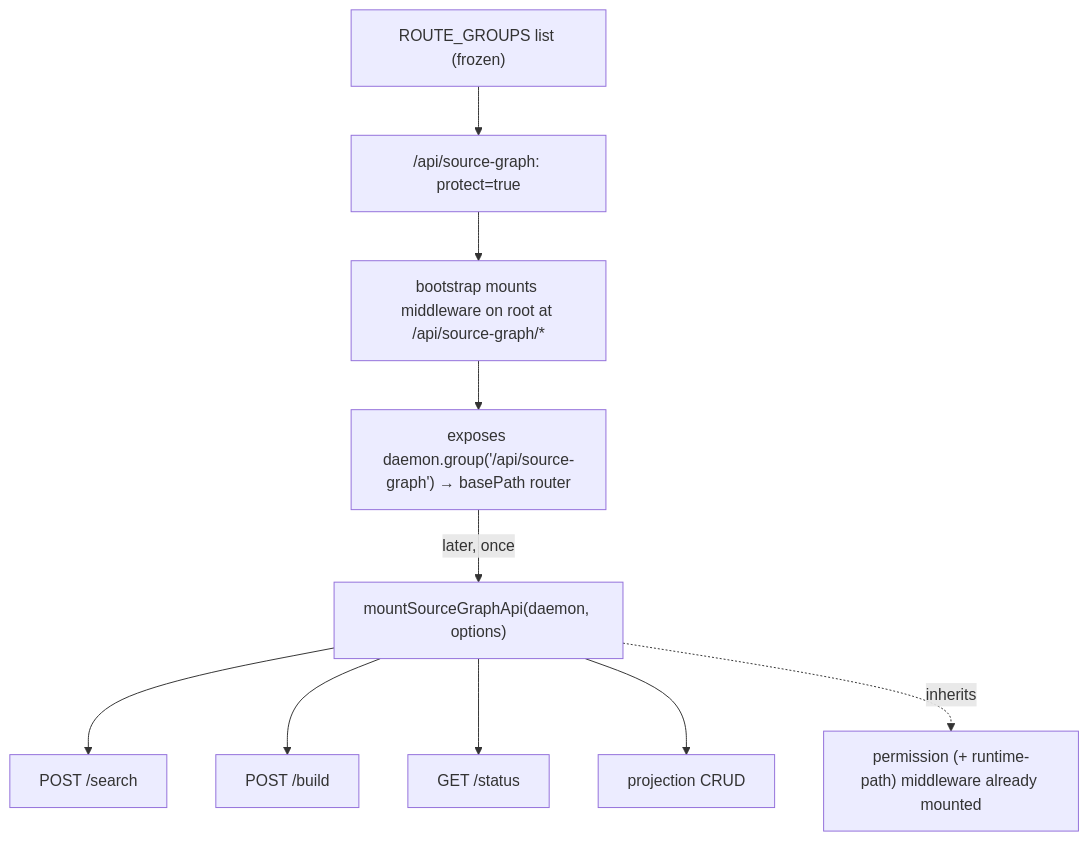
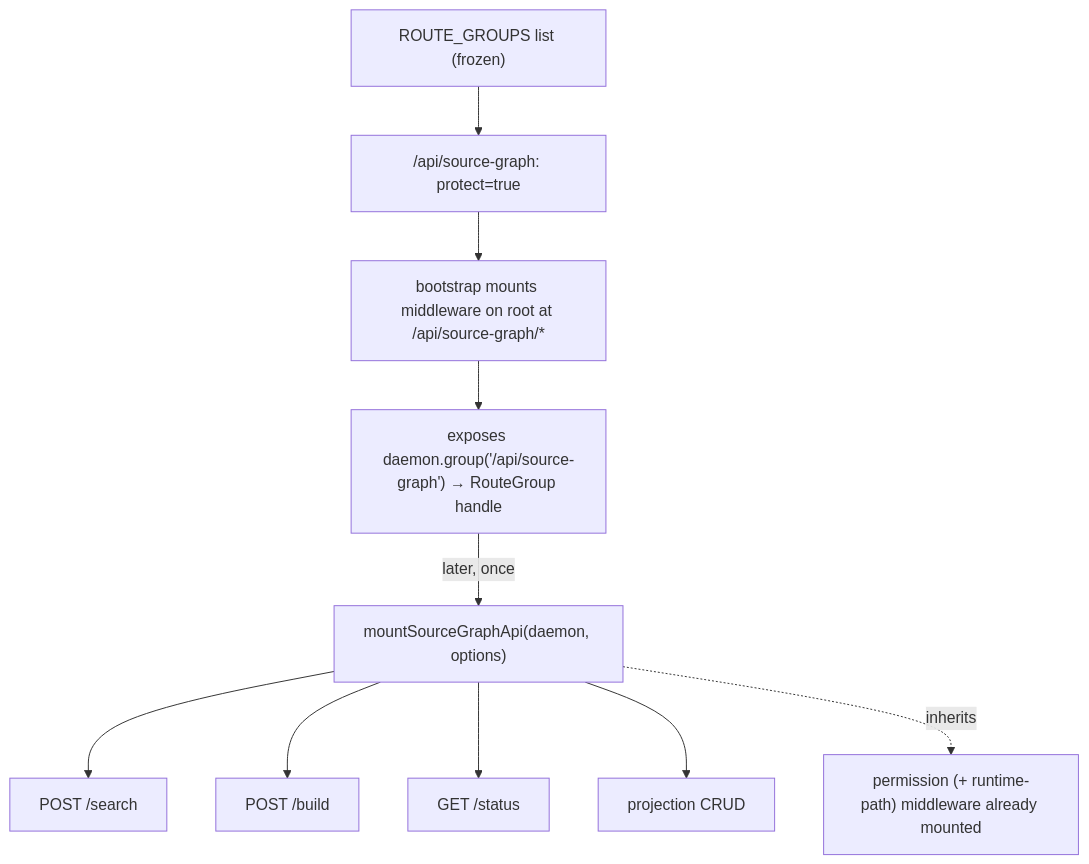
The diagram in library/requirements/backlog/prd-008-hivenectar-api-endpoints/prd-008a-route-group-scaffolding.md (legioncodeinc/nectar), drawn with Mermaid before and after one commit. The commit also changed other lines of this file and 35 other files, not shown here.

````diff
--- a/library/requirements/backlog/prd-008-hivenectar-api-endpoints/prd-008a-route-group-scaffolding.md
+++ b/library/requirements/backlog/prd-008-hivenectar-api-endpoints/prd-008a-route-group-scaffolding.md
@@ -34,12 +34,12 @@
 ```mermaid
 flowchart TD
     rg["ROUTE_GROUPS list (frozen)"] --> spec["/api/source-graph: protect=true"]
     spec --> mount["bootstrap mounts middleware on root at /api/source-graph/*"]
-    mount --> accessor["exposes daemon.group('/api/source-graph') → basePath router"]
+    mount --> accessor["exposes daemon.group('/api/source-graph') → RouteGroup handle"]
     accessor -->|"later, once"| attach["mountSourceGraphApi(daemon, options)"]
     attach --> h1["POST /search"]
     attach --> h2["POST /build"]
     attach --> h3["GET /status"]
     attach --> h4["projection CRUD"]
     attach -.->|"inherits"| inherit["permission (+ runtime-path) middleware already mounted"]
 ```
````
